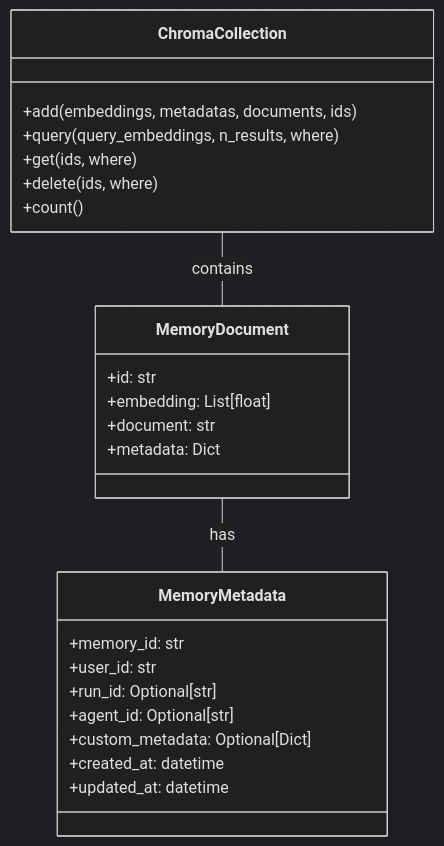
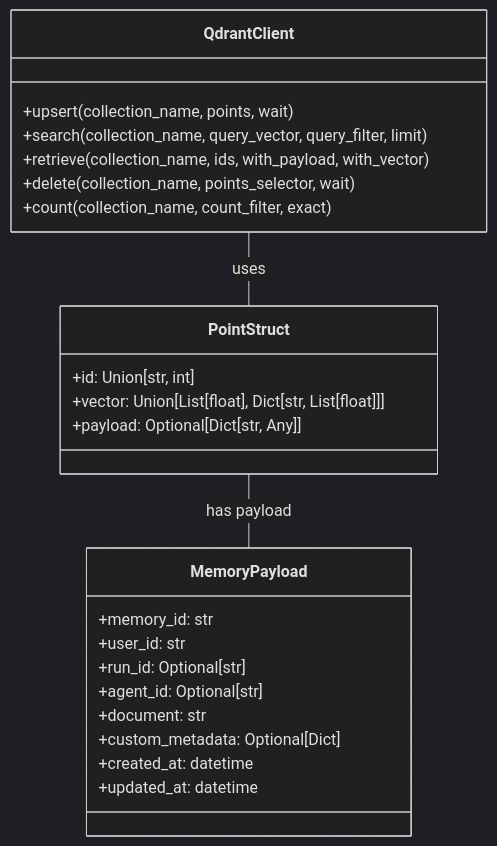
Before and after one commit to darrynv/dangeroo: the eighth of 10 diagrams in dangeroo-mem0-mcp/docs/dangeroo-c4-models.md, drawn with Mermaid (dark theme). The commit also changed other lines of this file and 7 other files, not shown here.

````diff
--- a/dangeroo-mem0-mcp/docs/dangeroo-c4-models.md
+++ b/dangeroo-mem0-mcp/docs/dangeroo-c4-models.md
@@ -305,30 +305,30 @@
 ```mermaid
 classDiagram
-    class ChromaCollection {
-        +add(embeddings, metadatas, documents, ids)
-        +query(query_embeddings, n_results, where)
-        +get(ids, where)
-        +delete(ids, where)
-        +count()
+    class QdrantClient {
+        +upsert(collection_name, points, wait)
+        +search(collection_name, query_vector, query_filter, limit)
+        +retrieve(collection_name, ids, with_payload, with_vector)
+        +delete(collection_name, points_selector, wait)
+        +count(collection_name, count_filter, exact)
     }
     
-    class MemoryDocument {
-        +id: str
-        +embedding: List[float]
-        +document: str
-        +metadata: Dict
+    class PointStruct {
+        +id: Union[str, int]
+        +vector: Union[List[float], Dict[str, List[float]]]
+        +payload: Optional[Dict[str, Any]]
     }
     
-    class MemoryMetadata {
+    class MemoryPayload {
         +memory_id: str
         +user_id: str
         +run_id: Optional[str]
         +agent_id: Optional[str]
+        +document: str
         +custom_metadata: Optional[Dict]
         +created_at: datetime
         +updated_at: datetime
     }
     
-    ChromaCollection -- MemoryDocument : contains
-    MemoryDocument -- MemoryMetadata : has
+    QdrantClient -- PointStruct : uses
+    PointStruct -- MemoryPayload : has payload
 ```
````
